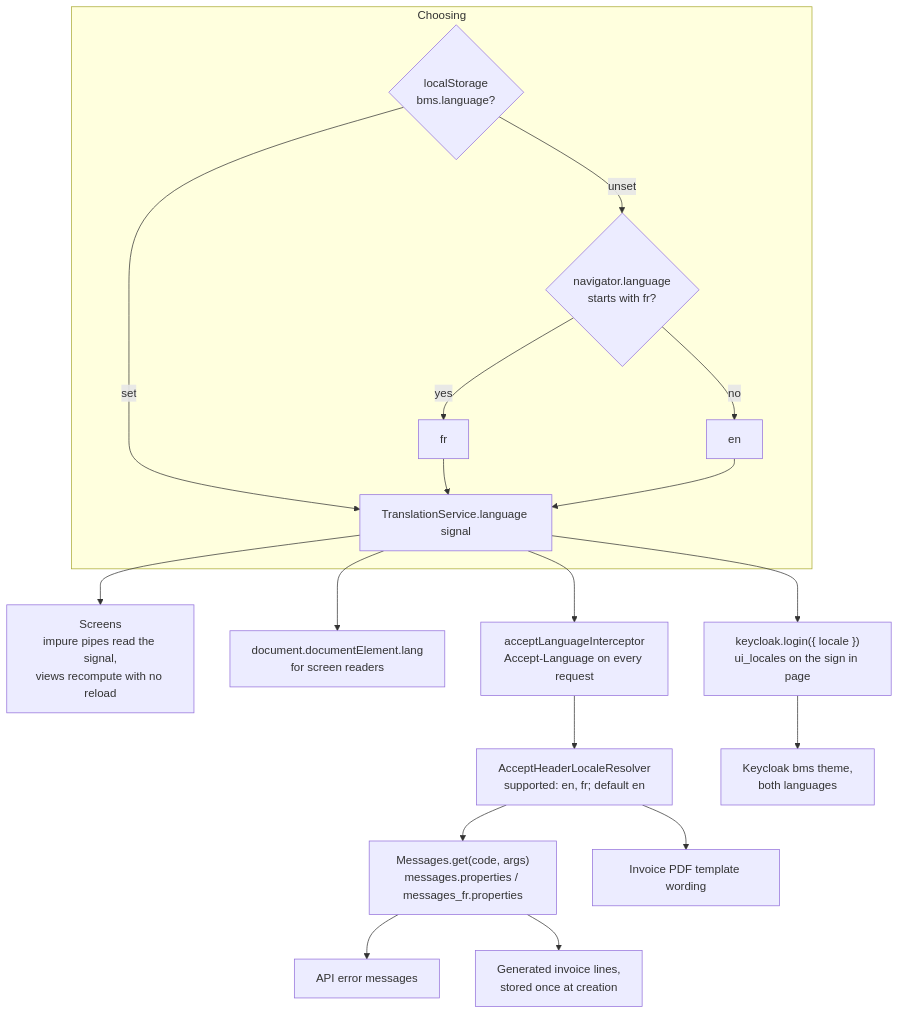
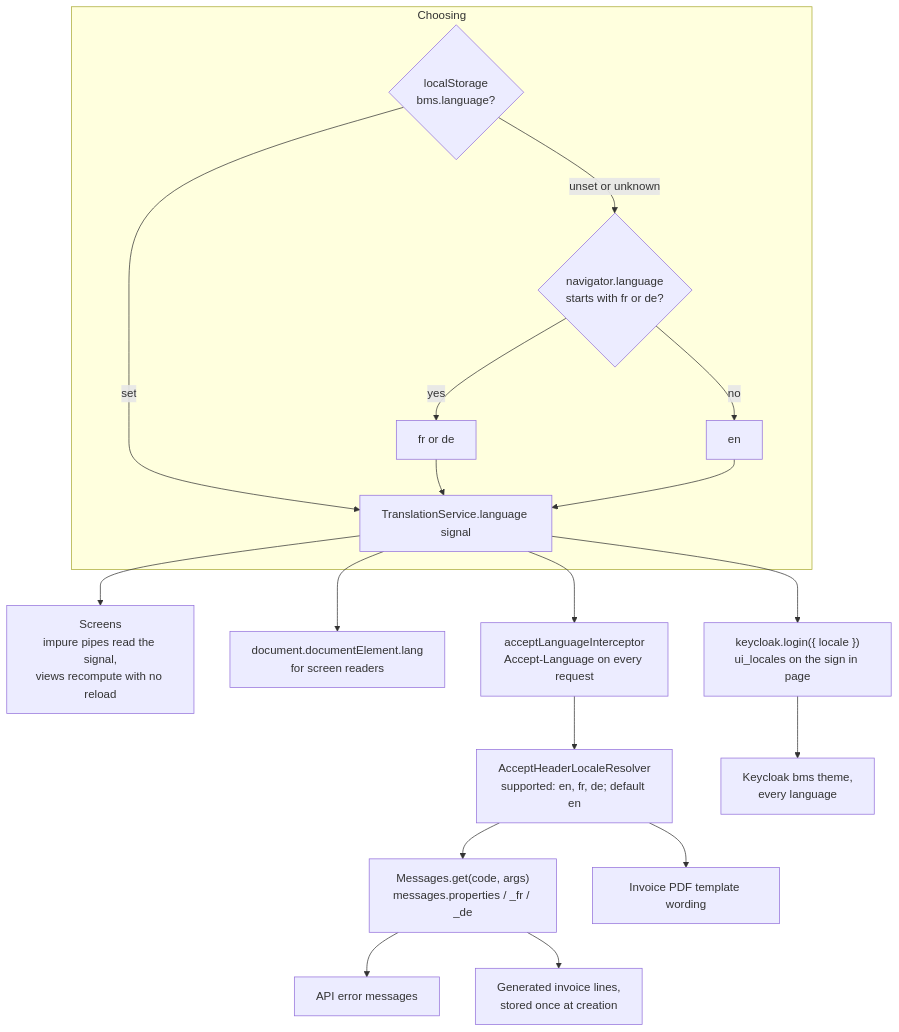
Diagram 19 of 20 in docs/ARCHITECTURE_DIAGRAMS.md (stephane-nganou/building-management-systems), drawn with Mermaid before and after one commit. The commit also changed other lines of this file and 27 other files, not shown here.

````diff
--- a/docs/ARCHITECTURE_DIAGRAMS.md
+++ b/docs/ARCHITECTURE_DIAGRAMS.md
@@ -1244,22 +1244,22 @@
 ```mermaid
 flowchart TB
     subgraph choose["Choosing"]
         stored{"localStorage<br/>bms.language?"}
         stored -->|set| use["TranslationService.language signal"]
-        stored -->|unset| navlang{"navigator.language<br/>starts with fr?"}
-        navlang -->|yes| fr["fr"] --> use
+        stored -->|unset or unknown| navlang{"navigator.language<br/>starts with fr or de?"}
+        navlang -->|yes| frde["fr or de"] --> use
         navlang -->|no| en["en"] --> use
     end
 
     use --> ui["Screens<br/>impure pipes read the signal,<br/>views recompute with no reload"]
     use --> htmllang["document.documentElement.lang<br/>for screen readers"]
     use --> hdr["acceptLanguageInterceptor<br/>Accept-Language on every request"]
     use --> uilocales["keycloak.login({ locale })<br/>ui_locales on the sign in page"]
 
-    hdr --> resolver["AcceptHeaderLocaleResolver<br/>supported: en, fr; default en"]
-    resolver --> msgs["Messages.get(code, args)<br/>messages.properties / messages_fr.properties"]
+    hdr --> resolver["AcceptHeaderLocaleResolver<br/>supported: en, fr, de; default en"]
+    resolver --> msgs["Messages.get(code, args)<br/>messages.properties / _fr / _de"]
     msgs --> errs["API error messages"]
     msgs --> lines["Generated invoice lines,<br/>stored once at creation"]
     resolver --> pdfwords["Invoice PDF template wording"]
-    uilocales --> theme["Keycloak bms theme,<br/>both languages"]
+    uilocales --> theme["Keycloak bms theme,<br/>every language"]
 ```
````
